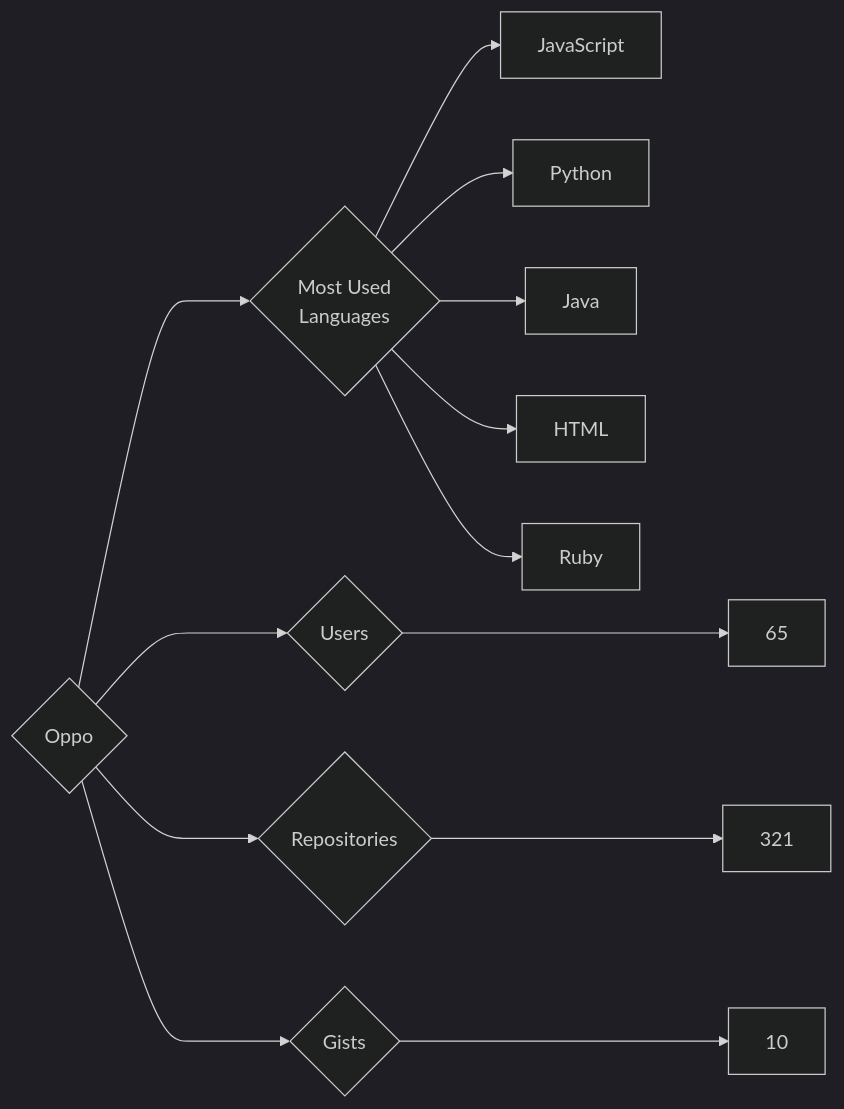
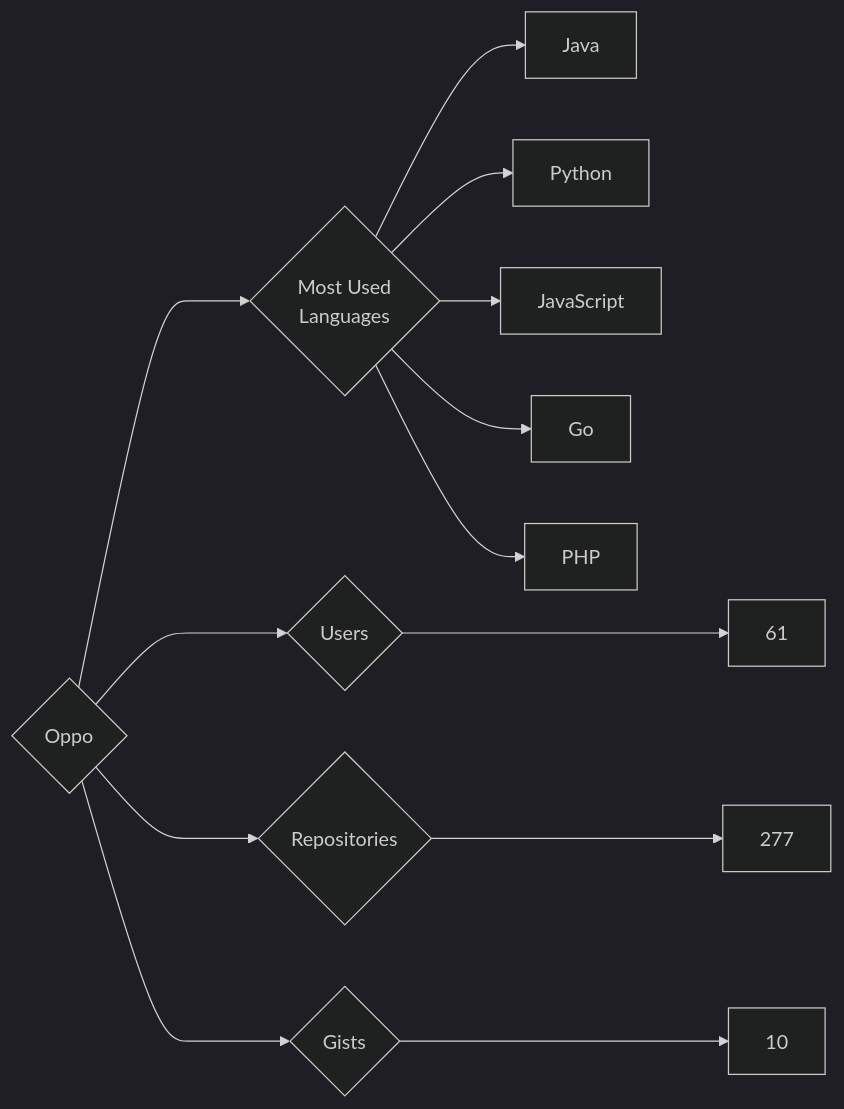
One commit to trickest/insiders changed the diagram in targets/Oppo/README.md. Above: the diagram before and after it, drawn with Mermaid (dark theme). The commit also changed 823 other files, not shown here.

````diff
--- a/targets/Oppo/README.md
+++ b/targets/Oppo/README.md
@@ -3,13 +3,13 @@
 ```mermaid
 graph LR
 COMPANY_NAME{Oppo}
-COMPANY_NAME ---> U{Users} ---> UN[65]
-COMPANY_NAME ---> R{Repositories} ---> RN[321]
+COMPANY_NAME ---> U{Users} ---> UN[61]
+COMPANY_NAME ---> R{Repositories} ---> RN[277]
 COMPANY_NAME ---> G{Gists} ---> GN[10]
 COMPANY_NAME ---> ML{Most Used<br>Languages}
+ML --> Java[Java]
+ML --> Python[Python]
 ML --> JavaScript[JavaScript]
-ML --> Python[Python]
-ML --> Java[Java]
-ML --> HTML[HTML]
-ML --> Ruby[Ruby]
+ML --> Go[Go]
+ML --> PHP[PHP]
 ```
````
